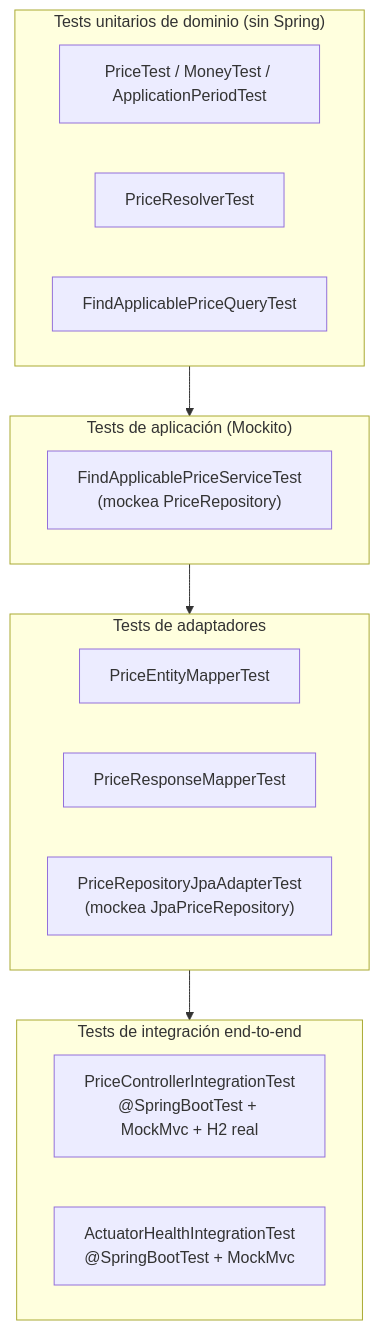
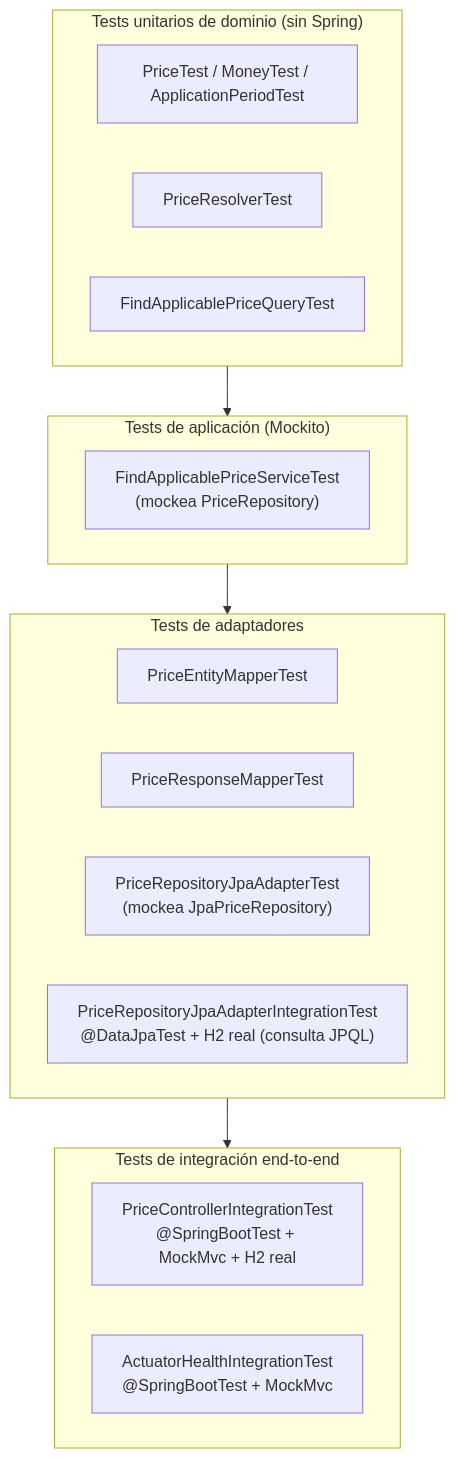
Before and after one commit to emanuelmcp/bcnc-inditex: the sixth of 6 diagrams in README.md, drawn with Mermaid. The commit also changed other lines of this file, not shown here.

````diff
--- a/README.md
+++ b/README.md
@@ -477,22 +483,23 @@
 ```mermaid
 flowchart TD
   subgraph Dominio["Tests unitarios de dominio (sin Spring)"]
     T1["PriceTest / MoneyTest / ApplicationPeriodTest"]
     T2["PriceResolverTest"]
     T3["FindApplicablePriceQueryTest"]
   end
   subgraph Aplicacion["Tests de aplicación (Mockito)"]
     T4["FindApplicablePriceServiceTest<br/>(mockea PriceRepository)"]
   end
   subgraph Infra["Tests de adaptadores"]
     T5["PriceEntityMapperTest"]
     T6["PriceResponseMapperTest"]
     T7["PriceRepositoryJpaAdapterTest<br/>(mockea JpaPriceRepository)"]
+    T10["PriceRepositoryJpaAdapterIntegrationTest<br/>@DataJpaTest + H2 real (consulta JPQL)"]
   end
   subgraph Integracion["Tests de integración end-to-end"]
     T8["PriceControllerIntegrationTest<br/>@SpringBootTest + MockMvc + H2 real"]
     T9["ActuatorHealthIntegrationTest<br/>@SpringBootTest + MockMvc"]
   end
 
   Dominio --> Aplicacion --> Infra --> Integracion
 ```
````
